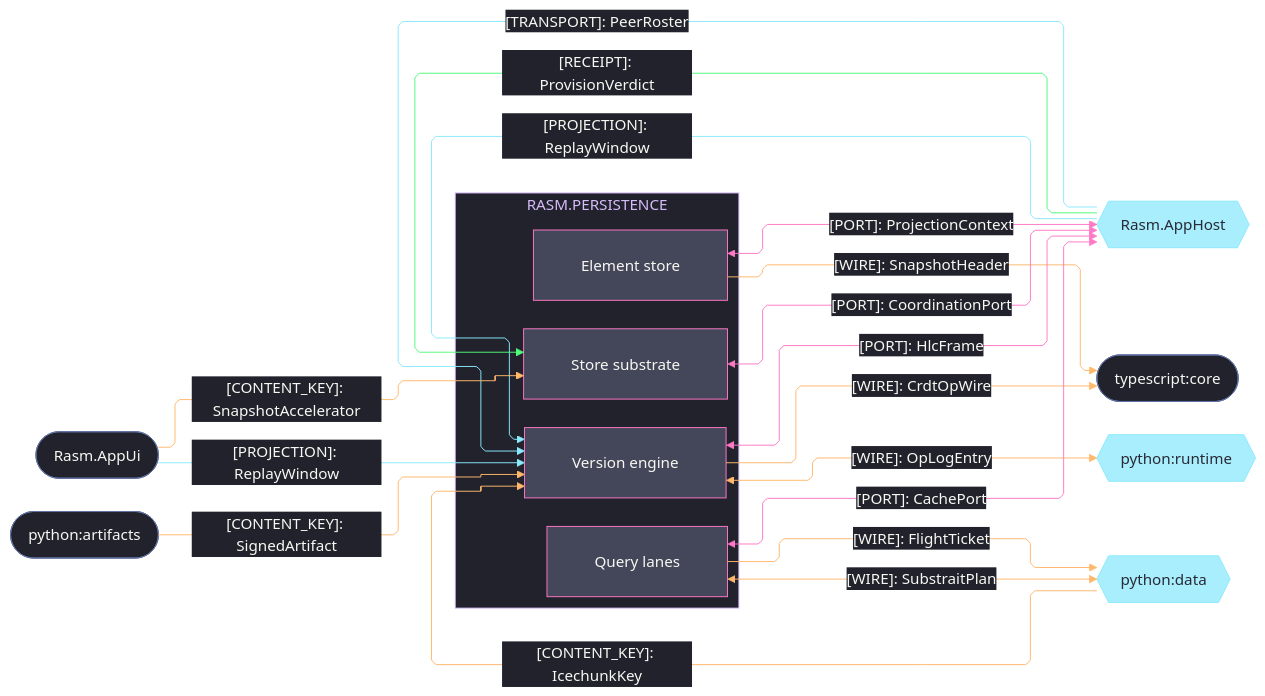
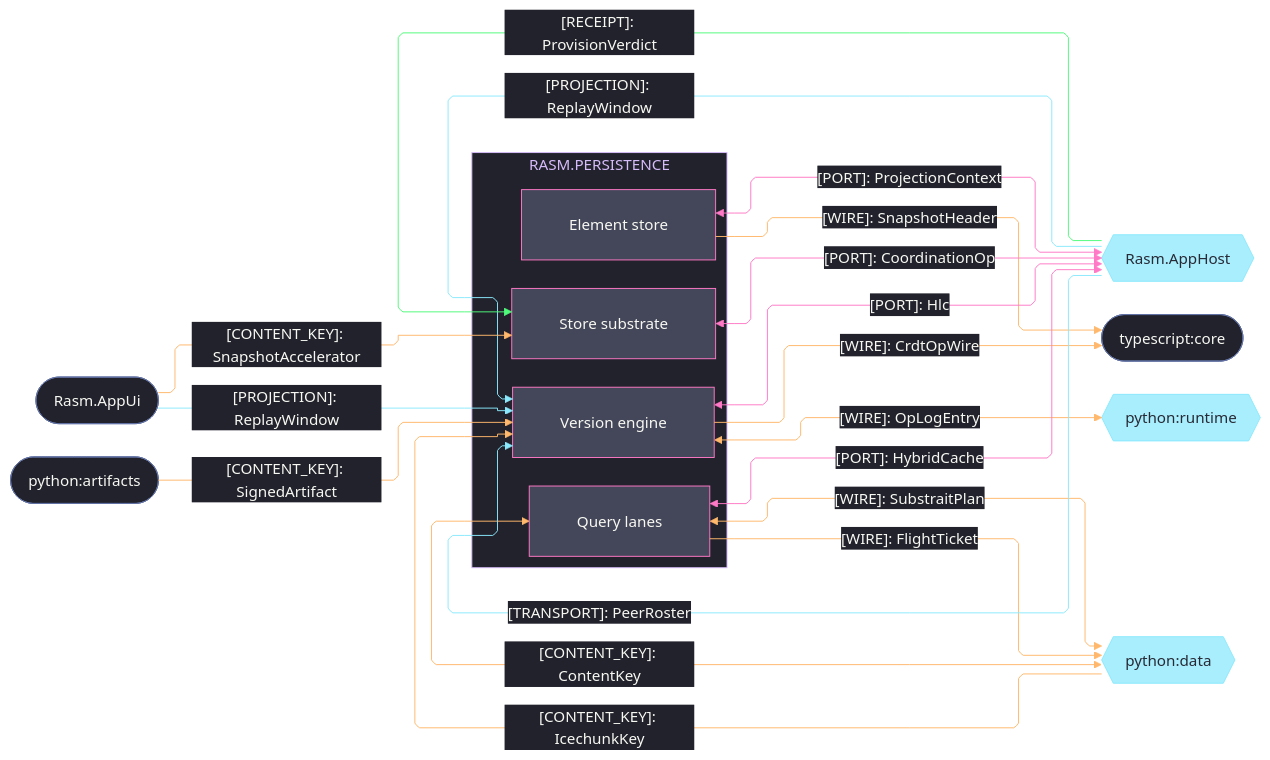
One commit to bsamiee/Rasm changed the third of 4 diagrams in libs/csharp/Rasm.Persistence/ARCHITECTURE.md. Above: the diagram before and after it, drawn with Mermaid. The commit also changed other lines of this file and 24 other files, not shown here.

Commit message:
architecture: seam registries + codemaps aligned across the estate (worker fabric edges, scene rows, csharp/ts seam mirrors)

````diff
--- a/libs/csharp/Rasm.Persistence/ARCHITECTURE.md
+++ b/libs/csharp/Rasm.Persistence/ARCHITECTURE.md
@@ -114,73 +183,74 @@
 ```mermaid
 ---
 config:
   theme: base
   look: classic
   layout: elk
   flowchart:
     curve: linear
     padding: 25
   themeVariables:
     darkMode: true
     fontFamily: "SF Mono, Menlo, Cascadia Mono, Segoe UI Mono, Consolas, monospace"
     useGradient: false
     dropShadow: "none"
     background: "#282A36"
     primaryColor: "#44475A"
     primaryTextColor: "#F8F8F2"
     primaryBorderColor: "#BD93F9"
     lineColor: "#FF79C6"
     textColor: "#F8F8F2"
     clusterBkg: "#21222C"
     clusterBorder: "#D6BCFA"
     edgeLabelBackground: "#21222C"
     labelBackgroundColor: "#21222C"
     titleColor: "#D6BCFA"
   themeCSS: ".nodeLabel{font-size:13px;font-weight:500}.edgeLabel{font-size:12px;font-weight:500}.cluster-label .nodeLabel{font-size:13.5px;font-weight:700;letter-spacing:.08em}.edge-thickness-normal{stroke-width:2px}.edge-thickness-thick{stroke-width:3px}.edge-pattern-dashed,.edge-pattern-dotted{stroke-width:1.5px;stroke-dasharray:4 6}.node rect,.node circle,.node polygon,.node path,.node .outer-path{stroke-width:1.5px;filter:none!important}.cluster rect{stroke-width:1px!important;stroke-dasharray:5 4!important;filter:none!important}.marker path{transform:scale(.8);transform-origin:5px 5px}.marker circle{transform:scale(.48);transform-origin:5px 5px}.edgeLabel rect{transform-box:fill-box;transform-origin:center;transform:scale(1.1,1.2)}"
 ---
 flowchart LR
     accTitle: Persistence platform and cross-runtime seams
     accDescr: Persistence sub-domain owners exchanging ports, wires, projections, and receipts with the app host, the app UI, and the Python and TypeScript runtimes, edge rails colored by kind and nodes classed by seam direction.
     subgraph persistence[RASM.PERSISTENCE]
         Element[Element store]
         Version[Version engine]
         Query[Query lanes]
         Store[Store substrate]
     end
     AppHost{{Rasm.AppHost}}
     AppUi([Rasm.AppUi])
     Core([typescript:core])
     Runtime{{python:runtime}}
     Data{{python:data}}
     Artifacts([python:artifacts])
     Element e1@-->|"[WIRE]: SnapshotHeader"| Core
     Version e2@-->|"[WIRE]: CrdtOpWire"| Core
     Version e3@<-->|"[WIRE]: OpLogEntry"| Runtime
     Artifacts e4@-->|"[CONTENT_KEY]: SignedArtifact"| Version
     Data e5@-->|"[CONTENT_KEY]: IcechunkKey"| Version
     Query e6@<-->|"[WIRE]: SubstraitPlan"| Data
     Query e16@-->|"[WIRE]: FlightTicket"| Data
+    Data e17@<-->|"[CONTENT_KEY]: ContentKey"| Query
     Element e7@<-->|"[PORT]: ProjectionContext"| AppHost
-    Version e8@<-->|"[PORT]: HlcFrame"| AppHost
+    Version e8@<-->|"[PORT]: Hlc"| AppHost
     AppHost e9@-->|"[PROJECTION]: ReplayWindow"| Version
     AppHost e10@-->|"[TRANSPORT]: PeerRoster"| Version
-    Query e11@<-->|"[PORT]: CachePort"| AppHost
-    Store e12@<-->|"[PORT]: CoordinationPort"| AppHost
+    Query e11@<-->|"[PORT]: HybridCache"| AppHost
+    Store e12@<-->|"[PORT]: CoordinationOp"| AppHost
     AppHost e13@-->|"[RECEIPT]: ProvisionVerdict"| Store
     AppUi e14@-->|"[PROJECTION]: ReplayWindow"| Version
     AppUi e15@-->|"[CONTENT_KEY]: SnapshotAccelerator"| Store
     classDef primary fill:#44475A,stroke:#FF79C6,color:#F8F8F2
     classDef external fill:#8BE9FDBF,stroke:#8BE9FD,color:#282A36
     classDef annotation fill:#21222C,stroke:#6272A4,color:#F8F8F2
     classDef edgeData stroke:#FFB86C,color:#F8F8F2
     classDef edgeSuccess stroke:#50FA7B,color:#F8F8F2
     classDef edgeControl stroke:#FF79C6,color:#F8F8F2
     classDef edgeExternal stroke:#8BE9FD,color:#F8F8F2
     class Element,Version,Query,Store primary
     class AppHost,Runtime,Data external
     class AppUi,Core,Artifacts annotation
-    class e1,e2,e3,e4,e5,e6,e15,e16 edgeData
+    class e1,e2,e3,e4,e5,e6,e15,e16,e17 edgeData
     class e7,e8,e11,e12 edgeControl
     class e9,e10,e14 edgeExternal
     class e13 edgeSuccess
 ```
````
